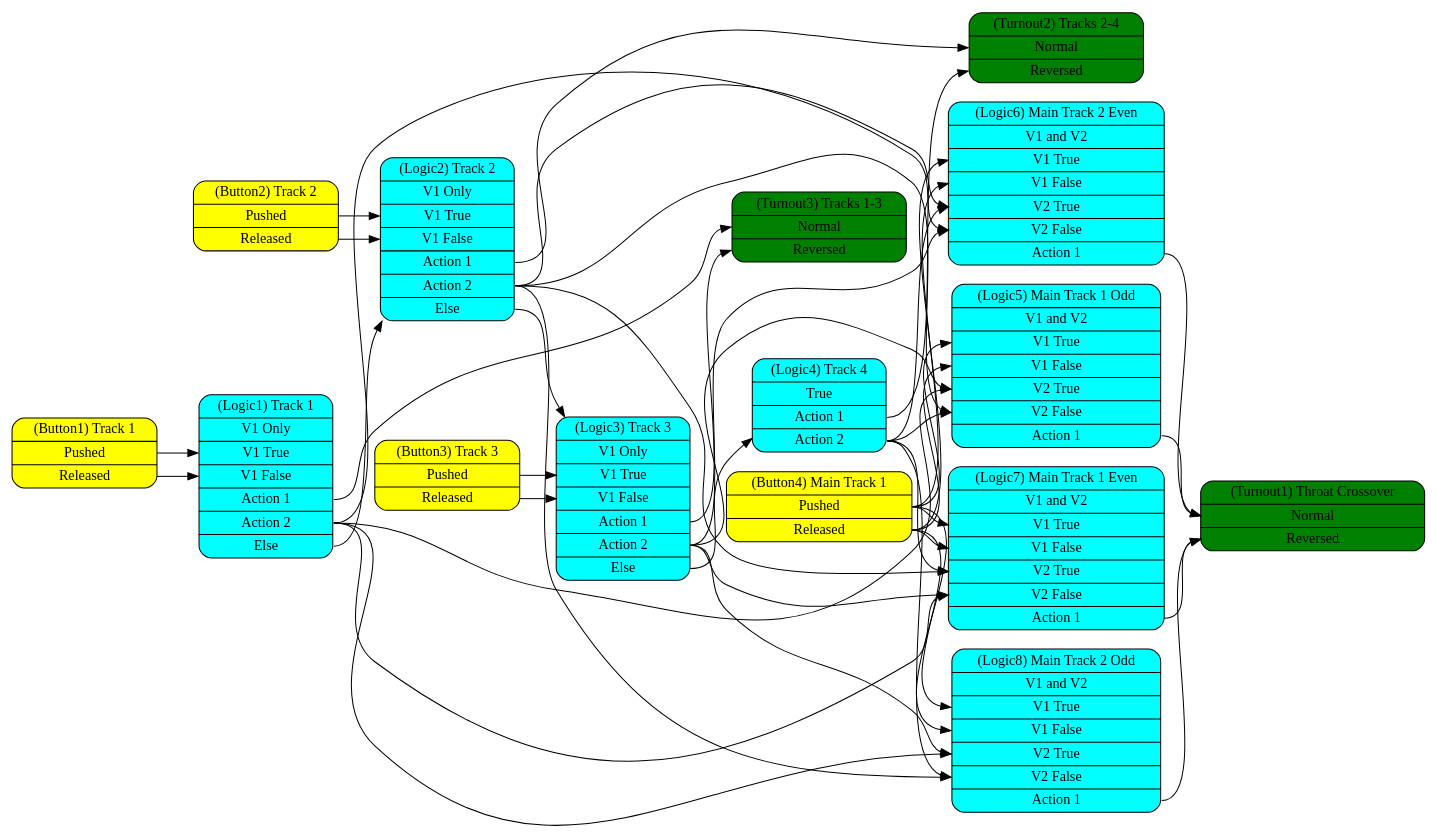
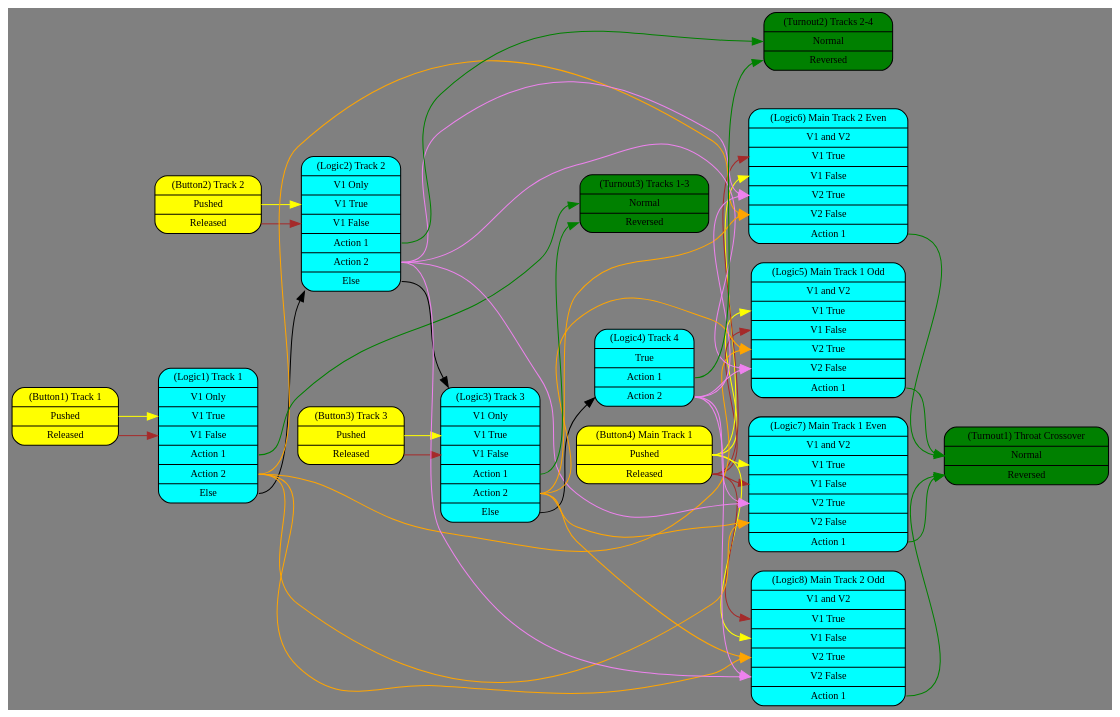
The diagram in ESP32-T7S3-MultiFunctionUniversalTurnout/KitBooklet/YardThroat_YardSelect.gv (RobertPHeller/ESP32-LCC), drawn with Graphviz before and after one commit. The commit also changed 2 other files, not shown here.

Commit message:
Fine tune the graph: add color coding and color key table.

```diff
--- a/ESP32-T7S3-MultiFunctionUniversalTurnout/KitBooklet/YardThroat_YardSelect.gv
+++ b/ESP32-T7S3-MultiFunctionUniversalTurnout/KitBooklet/YardThroat_YardSelect.gv
@@ -1,74 +1,81 @@
 digraph G {
+    bgcolor="gray";
     rankdir=LR;
+    /*nodesep=0.5;*/
     node [shape=Mrecord, style="filled"];
-    button1 [fillcolor="yellow", label ="(Button1) Track 1|<on> Pushed|<off> Released"];
-    button2 [fillcolor="yellow", label ="(Button2) Track 2|<on> Pushed|<off> Released"];
-    button3 [fillcolor="yellow", label ="(Button3) Track 3|<on> Pushed|<off> Released"];
-    button4 [fillcolor="yellow", label ="(Button4) Main Track 1|<on> Pushed|<off> Released"];
+    /* Button Input Nodes */
+    button1 [fontsize="10", fillcolor="yellow", label ="(Button1) Track 1|<on> Pushed|<off> Released"];
+    button2 [fontsize="10", fillcolor="yellow", label ="(Button2) Track 2|<on> Pushed|<off> Released"];
+    button3 [fontsize="10", fillcolor="yellow", label ="(Button3) Track 3|<on> Pushed|<off> Released"];
+    button4 [fontsize="10", fillcolor="yellow", label ="(Button4) Main Track 1|<on> Pushed|<off> Released"];
     
-    Logic1 [fillcolor="cyan", label ="(Logic1) Track 1|V1 Only|<V1True> V1 True|<V1False> V1 False|<A1> Action 1|<A2> Action 2|<else> Else"];
-    Logic2 [fillcolor="cyan", label ="(Logic2) Track 2|V1 Only|<V1True> V1 True|<V1False> V1 False|<A1> Action 1|<A2> Action 2|<else> Else"];
-    Logic3 [fillcolor="cyan", label ="(Logic3) Track 3|V1 Only|<V1True> V1 True|<V1False> V1 False|<A1> Action 1|<A2> Action 2|<else> Else"];
-    Logic4 [fillcolor="cyan", label ="(Logic4) Track 4|True|<A1> Action 1|<A2> Action 2"];
+    /* Yard track selection logic nodes (cascading if/else tree) */
+    Logic1 [fontsize="10", fillcolor="cyan", label ="(Logic1) Track 1|V1 Only|<V1True> V1 True|<V1False> V1 False|<A1> Action 1|<A2> Action 2|<else> Else"];
+    Logic2 [fontsize="10", fillcolor="cyan", label ="(Logic2) Track 2|V1 Only|<V1True> V1 True|<V1False> V1 False|<A1> Action 1|<A2> Action 2|<else> Else"];
+    Logic3 [fontsize="10", fillcolor="cyan", label ="(Logic3) Track 3|V1 Only|<V1True> V1 True|<V1False> V1 False|<A1> Action 1|<A2> Action 2|<else> Else"];
+    Logic4 [fontsize="10", fillcolor="cyan", label ="(Logic4) Track 4|True|<A1> Action 1|<A2> Action 2"];
 
-
-    Logic5 [fillcolor="cyan", label ="(Logic5) Main Track 1 Odd|V1 and V2|<V1True> V1 True|<V1False> V1 False|<V2True> V2 True|<V2False> V2 False|<A1> Action 1"];
-    Logic6 [fillcolor="cyan", label ="(Logic6) Main Track 2 Even|V1 and V2|<V1True> V1 True|<V1False> V1 False|<V2True> V2 True|<V2False> V2 False|<A1> Action 1"];
-    Logic7 [fillcolor="cyan", label ="(Logic7) Main Track 1 Even|V1 and V2|<V1True> V1 True|<V1False> V1 False|<V2True> V2 True|<V2False> V2 False|<A1> Action 1"];
-    Logic8 [fillcolor="cyan", label ="(Logic8) Main Track 2 Odd|V1 and V2|<V1True> V1 True|<V1False> V1 False|<V2True> V2 True|<V2False> V2 False|<A1> Action 1"];
+    /* Throat Crossover logic nodes (single logic elements) */
+    Logic5 [fontsize="10", fillcolor="cyan", label ="(Logic5) Main Track 1 Odd|V1 and V2|<V1True> V1 True|<V1False> V1 False|<V2True> V2 True|<V2False> V2 False|<A1> Action 1"];
+    Logic6 [fontsize="10", fillcolor="cyan", label ="(Logic6) Main Track 2 Even|V1 and V2|<V1True> V1 True|<V1False> V1 False|<V2True> V2 True|<V2False> V2 False|<A1> Action 1"];
+    Logic7 [fontsize="10", fillcolor="cyan", label ="(Logic7) Main Track 1 Even|V1 and V2|<V1True> V1 True|<V1False> V1 False|<V2True> V2 True|<V2False> V2 False|<A1> Action 1"];
+    Logic8 [fontsize="10", fillcolor="cyan", label ="(Logic8) Main Track 2 Odd|V1 and V2|<V1True> V1 True|<V1False> V1 False|<V2True> V2 True|<V2False> V2 False|<A1> Action 1"];
     
-    Turnout1 [fillcolor="green", label ="(Turnout1) Throat Crossover|<normal> Normal|<reversed> Reversed"];
-    Turnout2 [fillcolor="green", label ="(Turnout2) Tracks 2-4|<normal> Normal|<reversed> Reversed"];
-    Turnout3 [fillcolor="green", label ="(Turnout3) Tracks 1-3|<normal> Normal|<reversed> Reversed"];
+    /* Turnout motors */
+    Turnout1 [fontsize="10", fillcolor="green", label ="(Turnout1) Throat Crossover|<normal> Normal|<reversed> Reversed"];
+    Turnout2 [fontsize="10", fillcolor="green", label ="(Turnout2) Tracks 2-4|<normal> Normal|<reversed> Reversed"];
+    Turnout3 [fontsize="10", fillcolor="green", label ="(Turnout3) Tracks 1-3|<normal> Normal|<reversed> Reversed"];
     
-    button1:on -> Logic1:V1True;
-    button1:off -> Logic1:V1False;
+    /* Yard selection logic */
+    button1:on -> Logic1:V1True [color="yellow"];
+    button1:off -> Logic1:V1False [color="brown"];
     Logic1:else -> Logic2;
-    button2:on -> Logic2:V1True;
-    button2:off -> Logic2:V1False;
+    button2:on -> Logic2:V1True [color="yellow"];
+    button2:off -> Logic2:V1False [color="brown"];
     Logic2:else -> Logic3;
-    button3:on -> Logic3:V1True;
-    button3:off -> Logic3:V1False;
+    button3:on -> Logic3:V1True [color="yellow"];
+    button3:off -> Logic3:V1False [color="brown"];
     Logic3:else -> Logic4;
     
-    Logic1:A1 -> Turnout3:normal;
-    Logic2:A1 -> Turnout2:normal;
-    Logic3:A1 -> Turnout3:reversed;
-    Logic4:A1 -> Turnout2:reversed;
+    Logic1:A1 -> Turnout3:normal [color="green"];
+    Logic2:A1 -> Turnout2:normal [color="green"];
+    Logic3:A1 -> Turnout3:reversed [color="green"];
+    Logic4:A1 -> Turnout2:reversed [color="green"];
     
-    button4:on -> Logic5:V1True;
-    button4:on -> Logic7:V1True;
-    button4:on -> Logic6:V1False;
-    button4:on -> Logic8:V1False;
+    /* Throat Crossover logic */
+    button4:on -> Logic5:V1True [color="yellow"];
+    button4:on -> Logic7:V1True [color="yellow"];
+    button4:on -> Logic6:V1False [color="yellow"];
+    button4:on -> Logic8:V1False [color="yellow"];
     
-    button4:off -> Logic5:V1False;
-    button4:off -> Logic7:V1False;
-    button4:off -> Logic6:V1True;
-    button4:off -> Logic8:V1True;
+    button4:off -> Logic5:V1False [color="brown"];
+    button4:off -> Logic7:V1False [color="brown"];
+    button4:off -> Logic6:V1True [color="brown"];
+    button4:off -> Logic8:V1True [color="brown"];
     
-    Logic1:A2 -> Logic5:V2True;
-    Logic2:A2 -> Logic5:V2False;
-    Logic3:A2 -> Logic5:V2True;
-    Logic4:A2 -> Logic5:V2False;
+    Logic1:A2 -> Logic5:V2True [color="orange"];
+    Logic2:A2 -> Logic5:V2False [color="violet"];
+    Logic3:A2 -> Logic5:V2True [color="orange"];
+    Logic4:A2 -> Logic5:V2False [color="violet"];
     
-    Logic1:A2 -> Logic6:V2False;
-    Logic2:A2 -> Logic6:V2True;
-    Logic3:A2 -> Logic6:V2False;
-    Logic4:A2 -> Logic6:V2True;
+    Logic1:A2 -> Logic6:V2False [color="orange"];
+    Logic2:A2 -> Logic6:V2True [color="violet"];
+    Logic3:A2 -> Logic6:V2False [color="orange"];
+    Logic4:A2 -> Logic6:V2True [color="violet"];
     
-    Logic1:A2 -> Logic7:V2False;
-    Logic2:A2 -> Logic7:V2True;
-    Logic3:A2 -> Logic7:V2False;
-    Logic4:A2 -> Logic7:V2True;
+    Logic1:A2 -> Logic7:V2False [color="orange"];
+    Logic2:A2 -> Logic7:V2True [color="violet"];
+    Logic3:A2 -> Logic7:V2False [color="orange"];
+    Logic4:A2 -> Logic7:V2True [color="violet"];
     
-    Logic1:A2 -> Logic8:V2True;
-    Logic2:A2 -> Logic8:V2False;
-    Logic3:A2 -> Logic8:V2True;
-    Logic4:A2 -> Logic8:V2False;
+    Logic1:A2 -> Logic8:V2True [color="orange"];
+    Logic2:A2 -> Logic8:V2False [color="violet"];
+    Logic3:A2 -> Logic8:V2True [color="orange"];
+    Logic4:A2 -> Logic8:V2False [color="violet"];
     
-    Logic5:A1 -> Turnout1:normal;
-    Logic6:A1 -> Turnout1:normal;
-    Logic7:A1 -> Turnout1:reversed;
-    Logic8:A1 -> Turnout1:reversed;
+    Logic5:A1 -> Turnout1:normal [color="green"];
+    Logic6:A1 -> Turnout1:normal [color="green"];
+    Logic7:A1 -> Turnout1:reversed [color="green"];
+    Logic8:A1 -> Turnout1:reversed [color="green"];
     
 }
```
